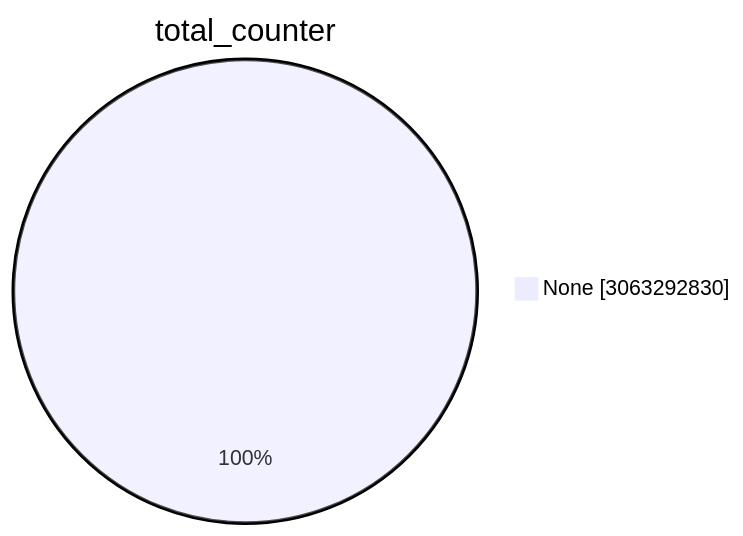
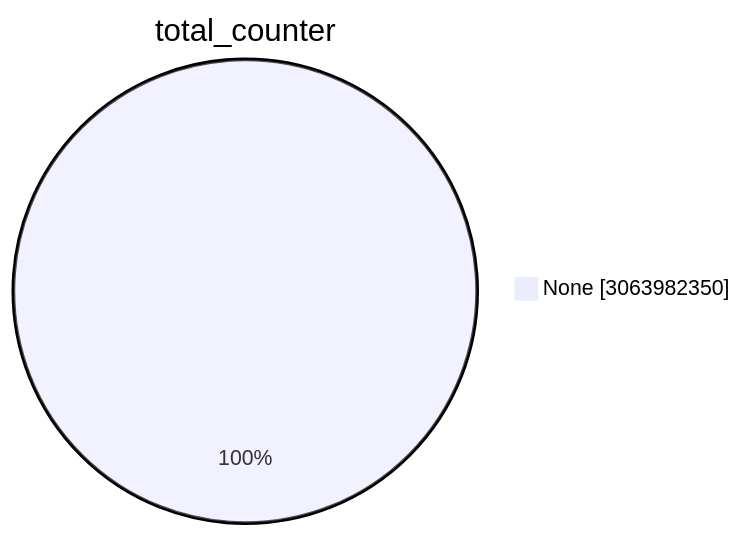
The first of 15 diagrams in TOTAL/README.md (christiankrug/ctmonitor_visualization), drawn with Mermaid before and after one commit. The commit also changed other lines of this file, not shown here.

````diff
--- a/TOTAL/README.md
+++ b/TOTAL/README.md
@@ -1,5 +1,5 @@
 ```mermaid
 pie showData
 title total_counter
-"None" :3063292830
+"None" :3063982350
 ```
````
